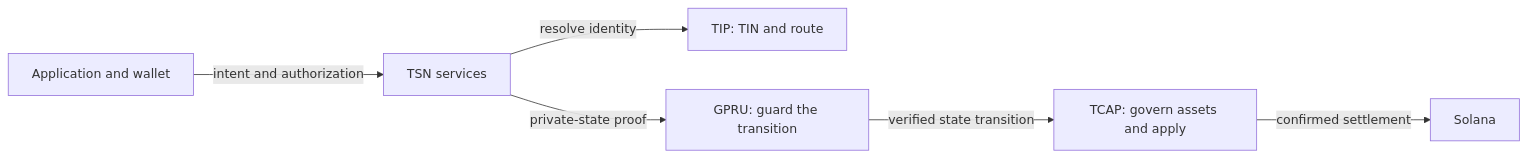
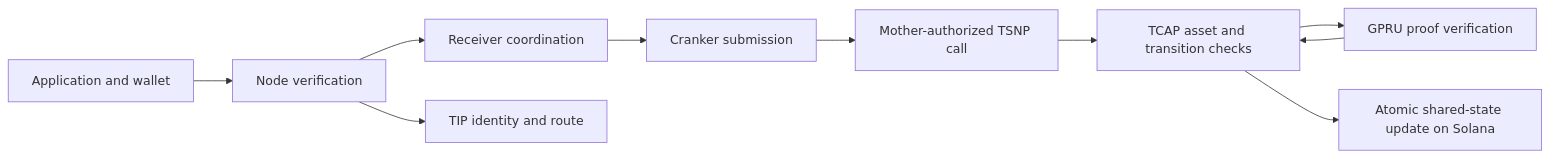
The diagram in tsn-protocol/tsn-docs/overview/introduction.mdx (bigdreamsweb3/trustlink-pay), drawn with Mermaid before and after one commit. The commit also changed other lines of this file and 263 other files, not shown here.

````diff
--- a/tsn-protocol/tsn-docs/overview/introduction.mdx
+++ b/tsn-protocol/tsn-docs/overview/introduction.mdx
@@ -14,8 +16,12 @@
 ```mermaid
 flowchart LR
-    A[Application and wallet] -->|intent and authorization| B[TSN services]
-    B -->|resolve identity| C[TIP: TIN and route]
-    B -->|private-state proof| D[GPRU: guard the transition]
-    D -->|verified state transition| E[TCAP: govern assets and apply]
-    E -->|confirmed settlement| F[Solana]
+    A[Application and wallet] --> N[Node verification]
+    N --> R[Receiver coordination]
+    N --> I[TIP identity and route]
+    R --> K[Cranker submission]
+    K --> P[Mother-authorized TSNP call]
+    P --> T[TCAP asset and transition checks]
+    T --> G[GPRU proof verification]
+    G --> T
+    T --> S[Atomic shared-state update on Solana]
 ```
````
